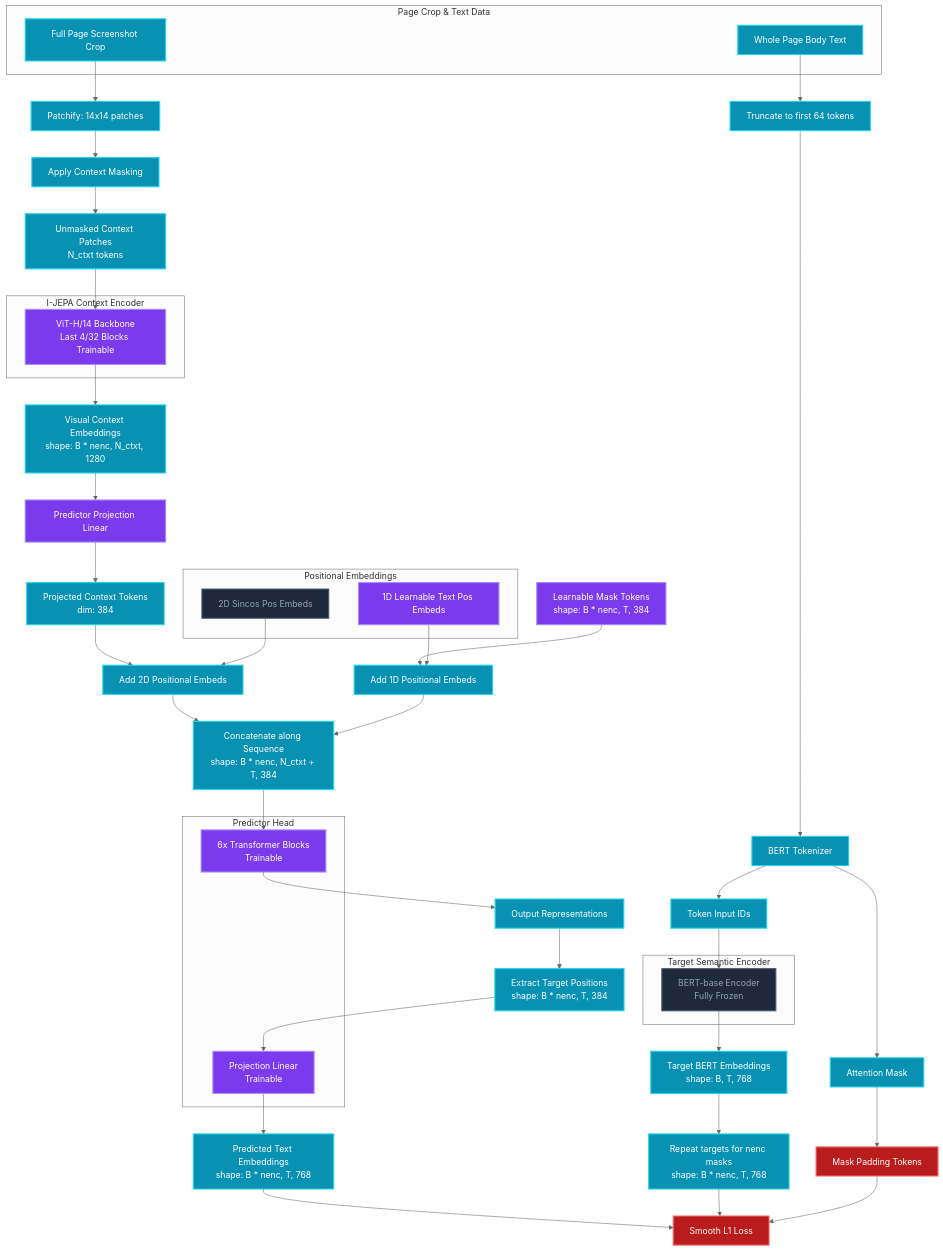
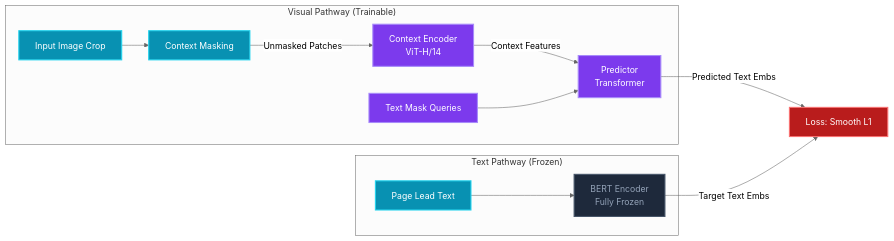
The diagram in presentation/progress_presentation.md (hkanpak21/Comp447_VISWORD), drawn with Mermaid (neutral theme) before and after one commit. The commit also changed 3 other files, not shown here.

Commit message:
Simplify JEPA diagram to high-level conceptual flow

````diff
--- a/presentation/progress_presentation.md
+++ b/presentation/progress_presentation.md
@@ -118,69 +118,22 @@
 ```mermaid
-graph TD
+graph LR
     %% Define Styles
     classDef frozen fill:#1e293b,stroke:#475569,stroke-width:2px,color:#94a3b8;
     classDef trainable fill:#7c3aed,stroke:#a78bfa,stroke-width:2px,color:#ffffff;
     classDef data fill:#0891b2,stroke:#22d3ee,stroke-width:2px,color:#ffffff;
     classDef loss fill:#b91c1c,stroke:#f87171,stroke-width:2px,color:#ffffff;
 
-    %% Data Inputs
-    subgraph Input_Data [Page Crop & Text Data]
-        Img[Full Page Screenshot Crop]:::data
-        RawText[Whole Page Body Text]:::data
+    subgraph Visual_Pathway ["Visual Pathway (Trainable)"]
+        A[Input Image Crop]:::data --> B[Context Masking]:::data
+        B -->|Unmasked Patches| C[Context Encoder<br>ViT-H/14]:::trainable
+        C -->|Context Features| D[Predictor<br>Transformer]:::trainable
+        E[Text Mask Queries]:::trainable --> D
     end
 
-    %% Visual Pathway
-    Img --> Patches[Patchify: 14x14 patches]:::data
-    Patches --> Masking[Apply Context Masking]:::data
-    Masking --> ContextPatches[Unmasked Context Patches<br>N_ctxt tokens]:::data
-    
-    subgraph Context_Encoder [I-JEPA Context Encoder]
-        Encoder[ViT-H/14 Backbone<br>Last 4/32 Blocks Trainable]:::trainable
-    end
-    ContextPatches --> Encoder
-    Encoder --> ContextEmbs[Visual Context Embeddings<br>shape: B * nenc, N_ctxt, 1280]:::data
-
-    %% Text Pathway (Frozen)
-    RawText --> Truncate[Truncate to first 64 tokens]:::data
-    Truncate --> Tokenizer[BERT Tokenizer]:::data
-    Tokenizer --> InputIDs[Token Input IDs]:::data
-
-    subgraph Target_Encoder [Target Semantic Encoder]
-        BERT[BERT-base Encoder<br>Fully Frozen]:::frozen
-    end
-    InputIDs --> BERT
-    BERT --> BERTEmbs[Target BERT Embeddings<br>shape: B, T, 768]:::data
-
-    %% Predictor Pathway
-    ContextEmbs --> ProjIn[Predictor Projection Linear]:::trainable
-    ProjIn --> ContextTokens[Projected Context Tokens<br>dim: 384]:::data
-    
-    subgraph Pos_Embeds [Positional Embeddings]
-        Pos2D[2D Sincos Pos Embeds]:::frozen
-        Pos1D[1D Learnable Text Pos Embeds]:::trainable
-    end
-    ContextTokens & Pos2D --> Add2D[Add 2D Positional Embeds]:::data
-
-    MaskToken[Learnable Mask Tokens<br>shape: B * nenc, T, 384]:::trainable
-    MaskToken & Pos1D --> Add1D[Add 1D Positional Embeds]:::data
-
-    Add2D & Add1D --> Concat[Concatenate along Sequence<br>shape: B * nenc, N_ctxt + T, 384]:::data
-
-    subgraph Transformer_Predictor [Predictor Head]
-        PredictorBlocks[6x Transformer Blocks<br>Trainable]:::trainable
-        ProjOut[Projection Linear<br>Trainable]:::trainable
+    subgraph Text_Pathway ["Text Pathway (Frozen)"]
+        F[Page Lead Text]:::data --> G[BERT Encoder<br>Fully Frozen]:::frozen
     end
 
-    Concat --> PredictorBlocks
-    PredictorBlocks --> OutConcat[Output Representations]:::data
-    OutConcat --> Extract[Extract Target Positions<br>shape: B * nenc, T, 384]:::data
-    Extract --> ProjOut
-    ProjOut --> PredictedEmbs[Predicted Text Embeddings<br>shape: B * nenc, T, 768]:::data
-
-    %% Loss Calculation
-    BERTEmbs --> RepeatTargets[Repeat targets for nenc masks<br>shape: B * nenc, T, 768]:::data
-    PredictedEmbs & RepeatTargets --> SmoothL1[Smooth L1 Loss]:::loss
-    Tokenizer --> AttnMask[Attention Mask]:::data
-    AttnMask --> ApplyMask[Mask Padding Tokens]:::loss
-    ApplyMask --> SmoothL1
+    D -->|Predicted Text Embs| H[Loss: Smooth L1]:::loss
+    G -->|Target Text Embs| H
 ```
````
